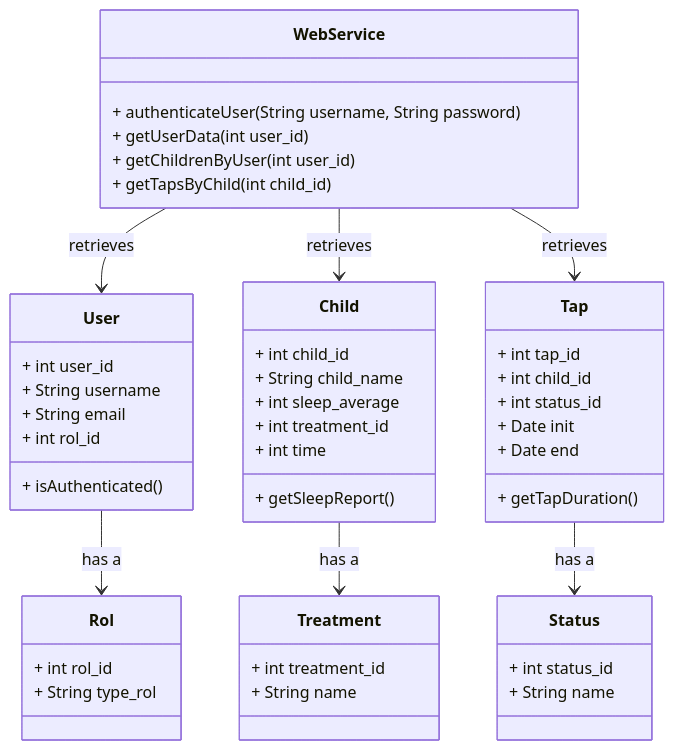
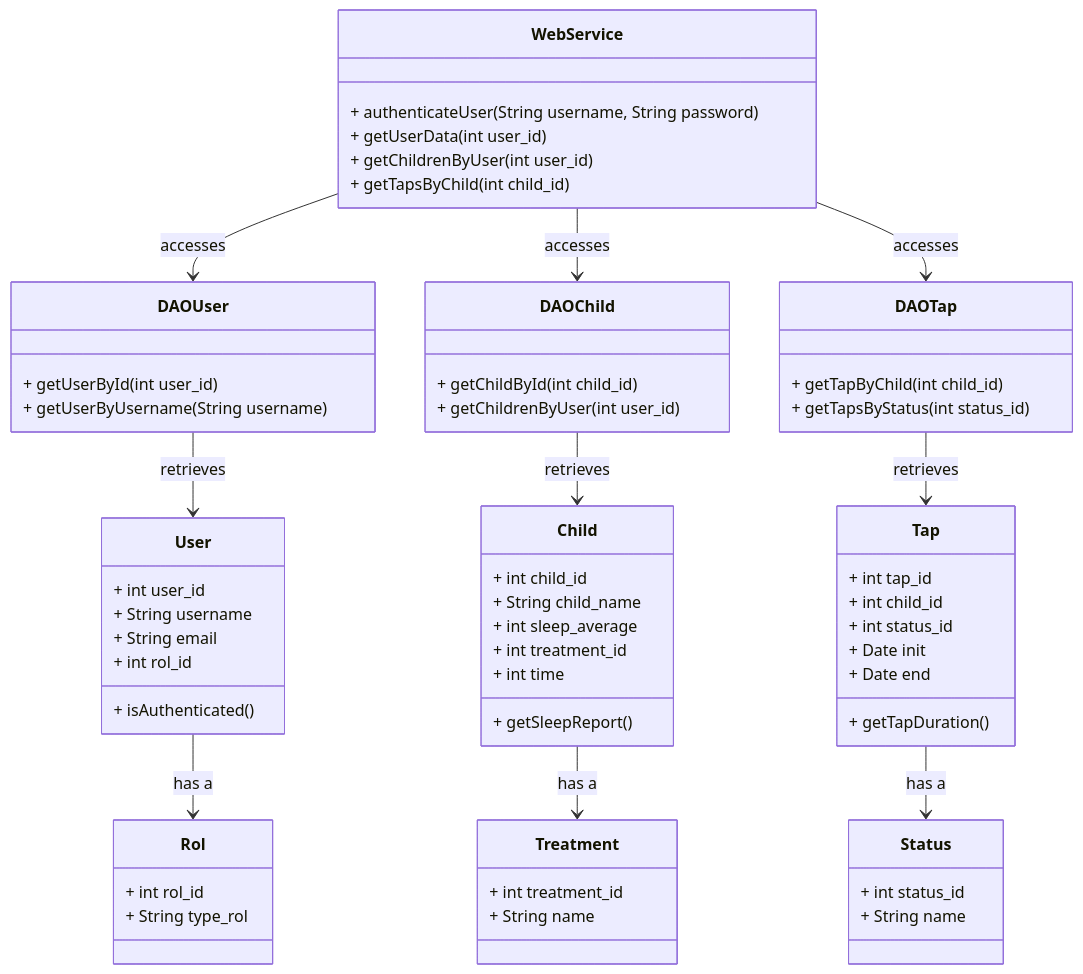
One commit to atlas-74/tapatapp changed the diagram in charts/Back-end/DiagramaClassesTapat.mermaid. Above: the diagram before and after it, drawn with Mermaid.

```diff
--- a/charts/Back-end/DiagramaClassesTapat.mermaid
+++ b/charts/Back-end/DiagramaClassesTapat.mermaid
@@ -1,56 +1,75 @@
 classDiagram
     class WebService {
         + authenticateUser(String username, String password)
         + getUserData(int user_id)
         + getChildrenByUser(int user_id)
         + getTapsByChild(int child_id)
+    }
+
+    class DAOUser {
+        + getUserById(int user_id)
+        + getUserByUsername(String username)
+    }
+
+    class DAOChild {
+        + getChildById(int child_id)
+        + getChildrenByUser(int user_id)
+    }
+
+    class DAOTap {
+        + getTapByChild(int child_id)
+        + getTapsByStatus(int status_id)
     }
 
     class User {
         + int user_id
         + String username
         + String email
         + int rol_id
         + isAuthenticated()
     }
 
     class Child {
         + int child_id
         + String child_name
         + int sleep_average
         + int treatment_id
         + int time
         + getSleepReport()
     }
 
     class Tap {
         + int tap_id
         + int child_id
         + int status_id
         + Date init
         + Date end
         + getTapDuration()
     }
 
     class Rol {
         + int rol_id
         + String type_rol
     }
 
     class Status {
         + int status_id
         + String name
     }
 
     class Treatment {
         + int treatment_id
         + String name
     }
 
-    WebService --> User : retrieves
-    WebService --> Child : retrieves
-    WebService --> Tap : retrieves
+    WebService --> DAOUser : accesses
+    WebService --> DAOChild : accesses
+    WebService --> DAOTap : accesses
+
+    DAOUser --> User : retrieves
+    DAOChild --> Child : retrieves
+    DAOTap --> Tap : retrieves
 
     User --> Rol : has a
     Tap --> Status : has a
     Child --> Treatment : has a
```
